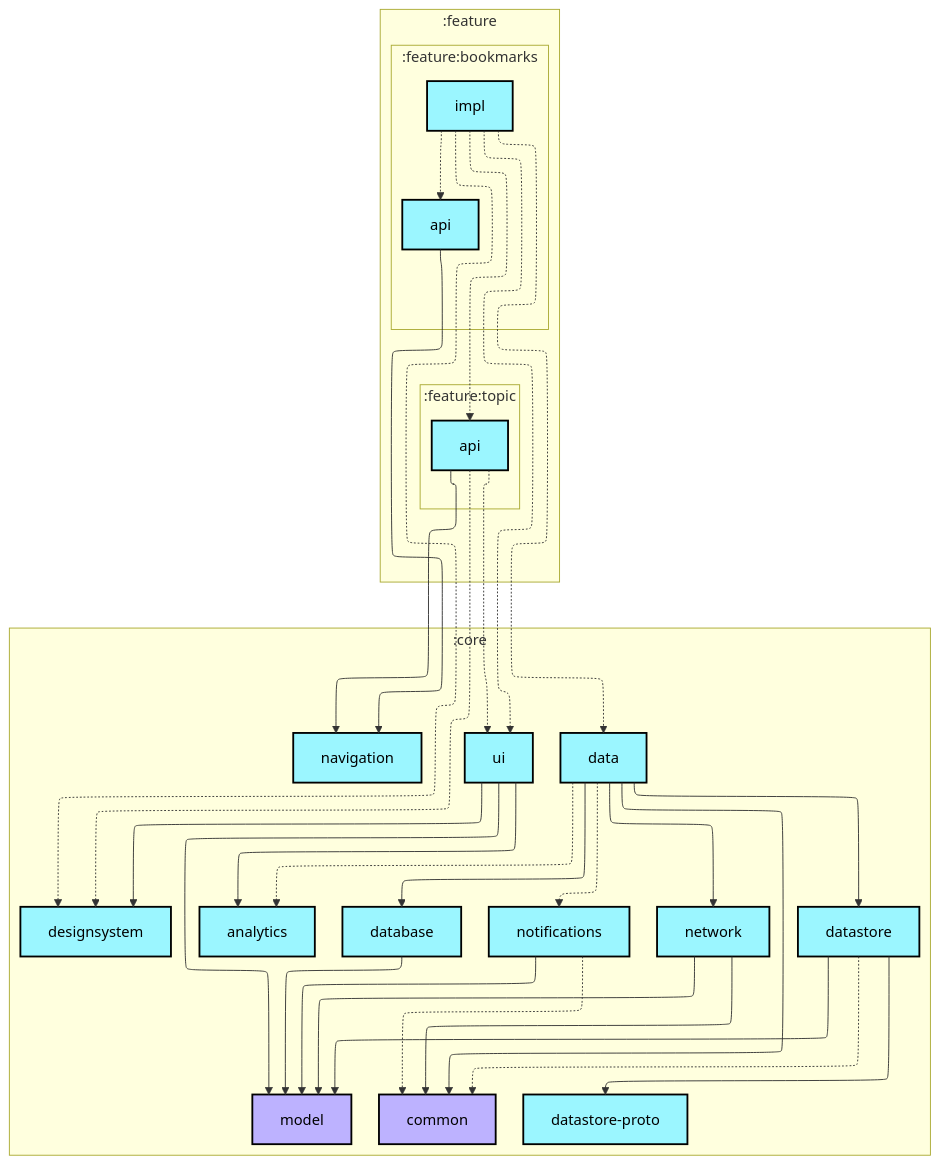
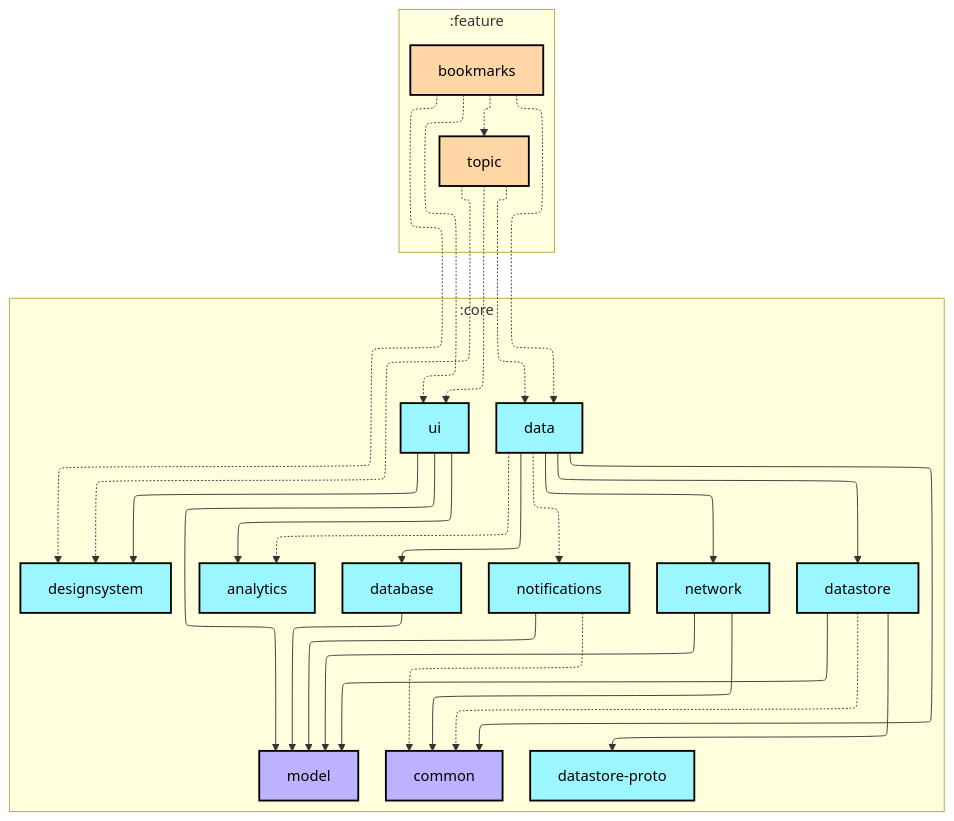
The first of 2 diagrams in feature/bookmarks/README.md (android/nowinandroid), drawn with Mermaid before and after one commit. The commit also changed 5 other files, not shown here.

````diff
--- a/feature/bookmarks/README.md
+++ b/feature/bookmarks/README.md
@@ -6,70 +6,60 @@
 ```mermaid
 ---
 config:
   layout: elk
   elk:
     nodePlacementStrategy: SIMPLE
 ---
 graph TB
   subgraph :feature
     direction TB
-    subgraph :feature:bookmarks
-      direction TB
-      :feature:bookmarks:api[api]:::android-library
-      :feature:bookmarks:impl[impl]:::android-library
-    end
-    subgraph :feature:topic
-      direction TB
-      :feature:topic:api[api]:::android-library
-    end
+    :feature:bookmarks[bookmarks]:::android-feature
+    :feature:topic[topic]:::android-feature
   end
   subgraph :core
     direction TB
     :core:analytics[analytics]:::android-library
     :core:common[common]:::jvm-library
     :core:data[data]:::android-library
     :core:database[database]:::android-library
     :core:datastore[datastore]:::android-library
     :core:datastore-proto[datastore-proto]:::android-library
     :core:designsystem[designsystem]:::android-library
     :core:model[model]:::jvm-library
-    :core:navigation[navigation]:::android-library
     :core:network[network]:::android-library
     :core:notifications[notifications]:::android-library
     :core:ui[ui]:::android-library
   end
 
   :core:data -.-> :core:analytics
   :core:data --> :core:common
   :core:data --> :core:database
   :core:data --> :core:datastore
   :core:data --> :core:network
   :core:data -.-> :core:notifications
   :core:database --> :core:model
   :core:datastore -.-> :core:common
   :core:datastore --> :core:datastore-proto
   :core:datastore --> :core:model
   :core:network --> :core:common
   :core:network --> :core:model
   :core:notifications -.-> :core:common
   :core:notifications --> :core:model
   :core:ui --> :core:analytics
   :core:ui --> :core:designsystem
   :core:ui --> :core:model
-  :feature:bookmarks:api --> :core:navigation
-  :feature:bookmarks:impl -.-> :core:data
-  :feature:bookmarks:impl -.-> :core:designsystem
-  :feature:bookmarks:impl -.-> :core:ui
-  :feature:bookmarks:impl -.-> :feature:bookmarks:api
-  :feature:bookmarks:impl -.-> :feature:topic:api
-  :feature:topic:api -.-> :core:designsystem
-  :feature:topic:api --> :core:navigation
-  :feature:topic:api -.-> :core:ui
+  :feature:bookmarks -.-> :core:data
+  :feature:bookmarks -.-> :core:designsystem
+  :feature:bookmarks -.-> :core:ui
+  :feature:bookmarks -.-> :feature:topic
+  :feature:topic -.-> :core:data
+  :feature:topic -.-> :core:designsystem
+  :feature:topic -.-> :core:ui
 
 classDef android-application fill:#CAFFBF,stroke:#000,stroke-width:2px,color:#000;
 classDef android-feature fill:#FFD6A5,stroke:#000,stroke-width:2px,color:#000;
 classDef android-library fill:#9BF6FF,stroke:#000,stroke-width:2px,color:#000;
 classDef android-test fill:#A0C4FF,stroke:#000,stroke-width:2px,color:#000;
 classDef jvm-library fill:#BDB2FF,stroke:#000,stroke-width:2px,color:#000;
 classDef unknown fill:#FFADAD,stroke:#000,stroke-width:2px,color:#000;
 ```
````
